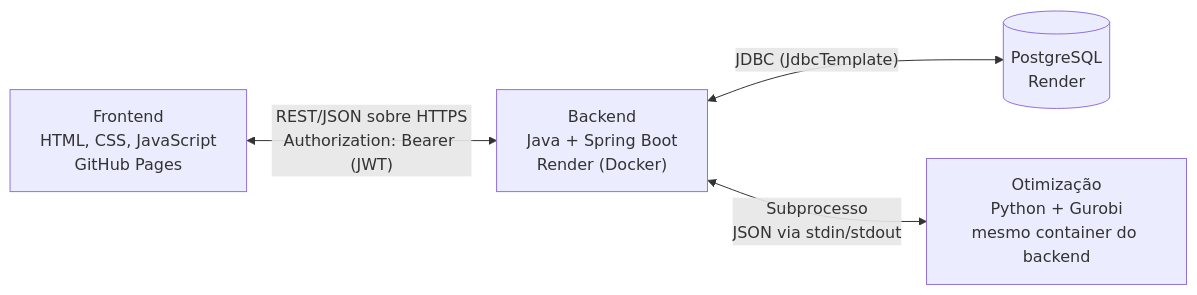
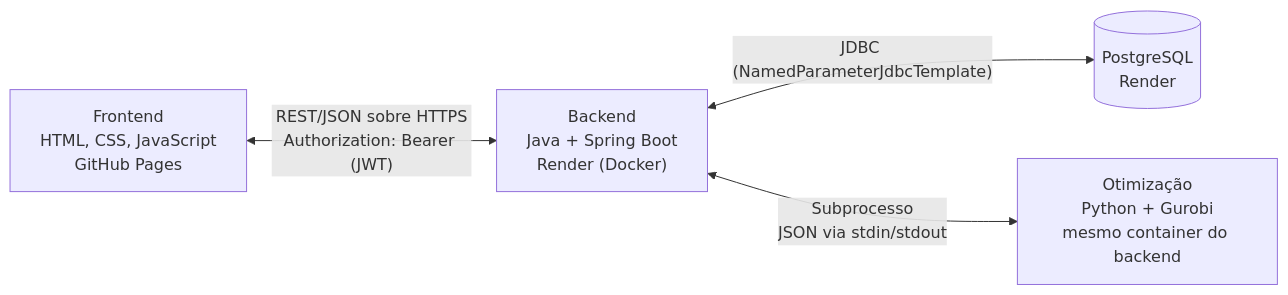
Before and after one commit to KaueNCarneiro/Mente_Fria: the diagram in docs/Apoio/Arquitetura.md, drawn with Mermaid. The commit also changed other lines of this file and 23 other files, not shown here.

````diff
--- a/docs/Apoio/Arquitetura.md
+++ b/docs/Apoio/Arquitetura.md
@@ -21,11 +30,11 @@
 ```mermaid
 flowchart LR
     FE["Frontend<br/>HTML, CSS, JavaScript<br/>GitHub Pages"]
     BE["Backend<br/>Java + Spring Boot<br/>Render (Docker)"]
     DB[("PostgreSQL<br/>Render")]
     PY["Otimização<br/>Python + Gurobi<br/>mesmo container do backend"]
 
     FE <-->|"REST/JSON sobre HTTPS<br/>Authorization: Bearer (JWT)"| BE
-    BE <-->|"JDBC (JdbcTemplate)"| DB
+    BE <-->|"JDBC (NamedParameterJdbcTemplate)"| DB
     BE <-->|"Subprocesso<br/>JSON via stdin/stdout"| PY
 ```
````
